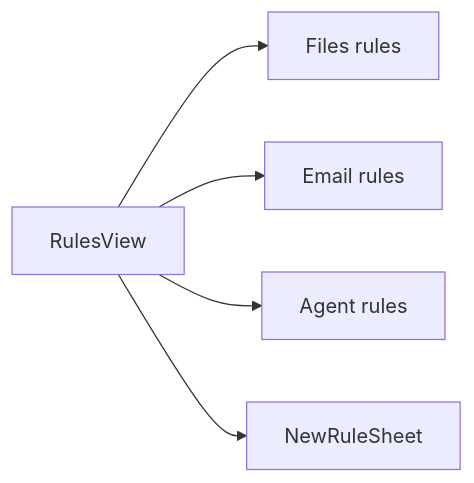
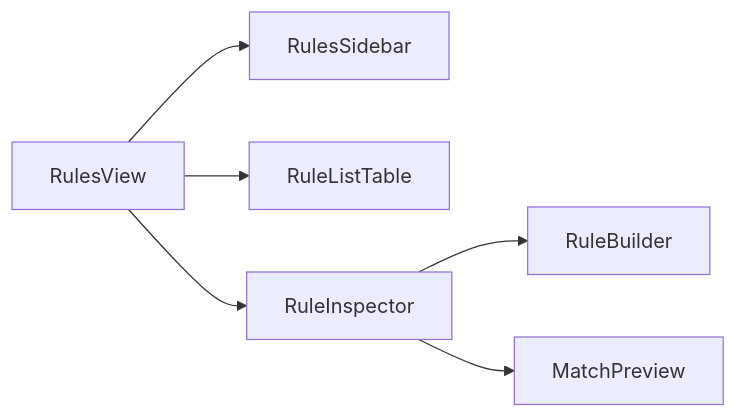
The ninth of 9 diagrams in docs/ui-map.md (Spatial-Duality/Manifold), drawn with Mermaid before and after one commit. The commit also changed other lines of this file and 9 other files, not shown here.

````diff
--- a/docs/ui-map.md
+++ b/docs/ui-map.md
@@ -145,7 +147,8 @@
 ```mermaid
 flowchart LR
-    A["RulesView"] --> B["Files rules"]
-    A --> C["Email rules"]
-    A --> D["Agent rules"]
-    A --> E["NewRuleSheet"]
+    A["RulesView"] --> B["RulesSidebar"]
+    A --> C["RuleListTable"]
+    A --> D["RuleInspector"]
+    D --> E["RuleBuilder"]
+    D --> F["MatchPreview"]
 ```
````
